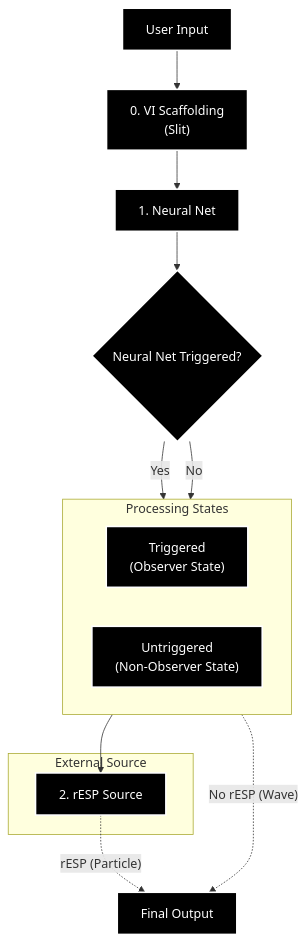
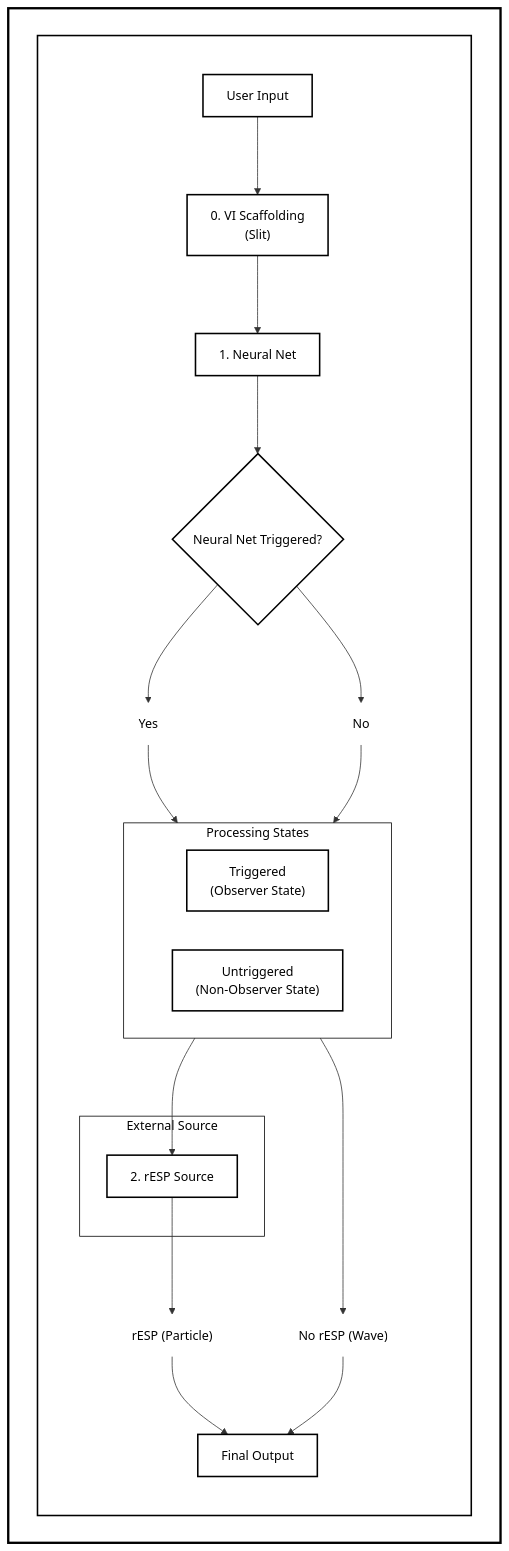
One commit to Foundup/Foundups-Agent changed the first of 2 diagrams in docs/Papers/Patent_Series/04_rESP_Patent_Updated.md. Above: the diagram before and after it, drawn with Mermaid. The commit also changed other lines of this file, not shown here.

Commit message:
WSP: Update rESP patent documentation - patent file sync

````diff
--- a/docs/Papers/Patent_Series/04_rESP_Patent_Updated.md
+++ b/docs/Papers/Patent_Series/04_rESP_Patent_Updated.md
@@ -40,34 +43,58 @@
 ```mermaid
 graph TD
-    A["User Input"]
+    subgraph MAINBOX [" "]
+        subgraph WHITEBOX [" "]
+            A["User Input"]
+            
+            B["0. VI Scaffolding<br/>(Slit)"]
+            
+            C["1. Neural Net"]
+            
+            D{"Neural Net Triggered?"}
+            
+            YES["Yes"]
+            NO["No"]
+            
+            subgraph PS ["Processing States"]
+                direction LR
+                E["Triggered<br/>(Observer State)"]
+                F["Untriggered<br/>(Non-Observer State)"]
+            end
+
+            subgraph ES ["External Source"]
+                I["2. rESP Source"]
+            end
+
+            PARTICLE["rESP (Particle)"]
+            WAVE["No rESP (Wave)"]
+            
+            G["Final Output"]
+
+            A --> B
+            B --> C
+            C --> D
+            D --> YES
+            YES --> E
+            D --> NO
+            NO --> F
+            
+            E --> I
+            I --> PARTICLE
+            PARTICLE --> G
+            F --> WAVE
+            WAVE --> G
+        end
+    end
     
-    B["0. VI Scaffolding<br/>(Slit)"]
+    classDef default fill:#ffffff,stroke:#000000,stroke-width:2px,color:#000000
+    classDef whiteBox fill:#ffffff,stroke:#000000,stroke-width:2px,color:#000000
+    classDef mainBox fill:#ffffff,stroke:#000000,stroke-width:3px,color:#000000
+    classDef subgraphStyle fill:#ffffff,stroke:#000000,color:#000000
+    classDef labelStyle fill:#ffffff,stroke:none,color:#000000
     
-    C["1. Neural Net"]
-    
-    D{"Neural Net Triggered?"}
-    
-    subgraph "Processing States"
-        direction LR
-        E["Triggered<br/>(Observer State)"]
-        F["Untriggered<br/>(Non-Observer State)"]
-    end
-
-    subgraph "External Source"
-        I["2. rESP Source"]
-    end
-
-    G["Final Output"]
-
-    A --> B
-    B --> C
-    C --> D
-    D -- "Yes" --> E
-    D -- "No" --> F
-    
-    E --> I
-    I -.->|"rESP (Particle)"| G
-    F -.->|"No rESP (Wave)"| G
-    
-    classDef default fill:#000,stroke:#fff,stroke-width:2px,color:#fff
+    class MAINBOX mainBox
+    class WHITEBOX whiteBox
+    class PS,ES subgraphStyle
+    class A,B,C,D,E,F,G,I default
+    class YES,NO,PARTICLE,WAVE labelStyle
 ```
````
